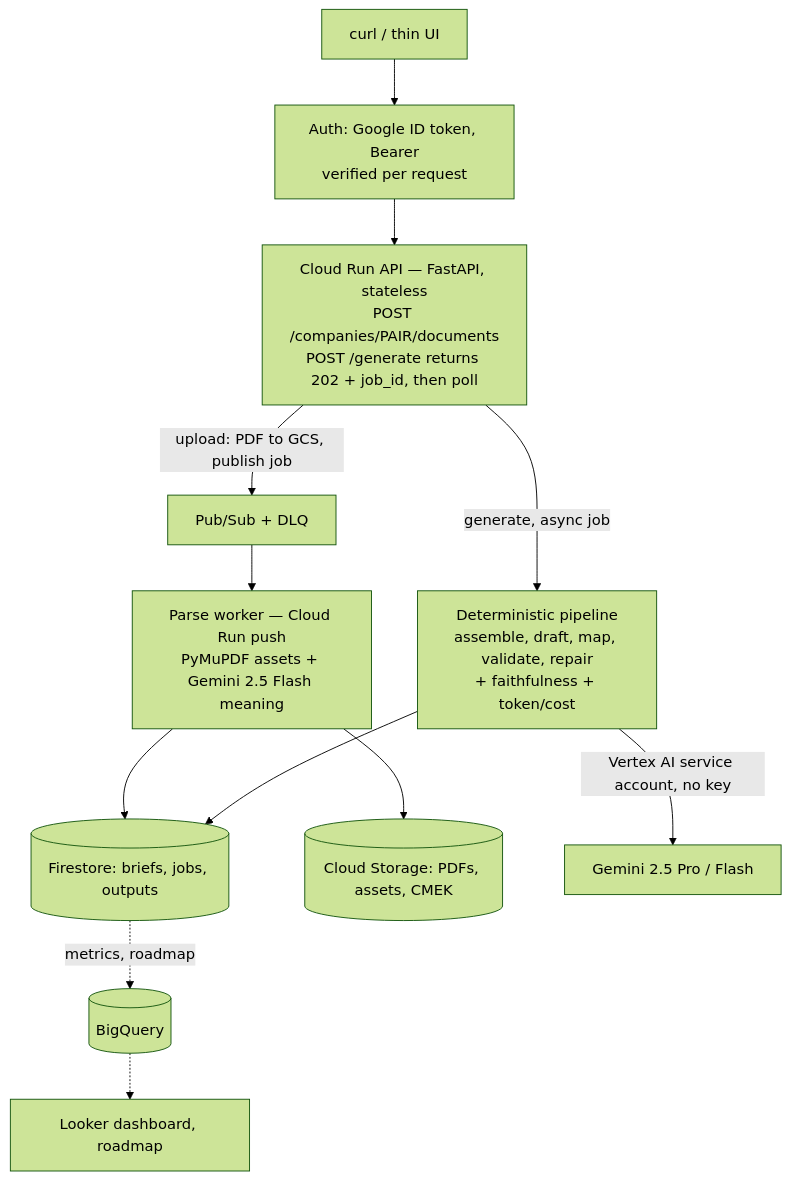
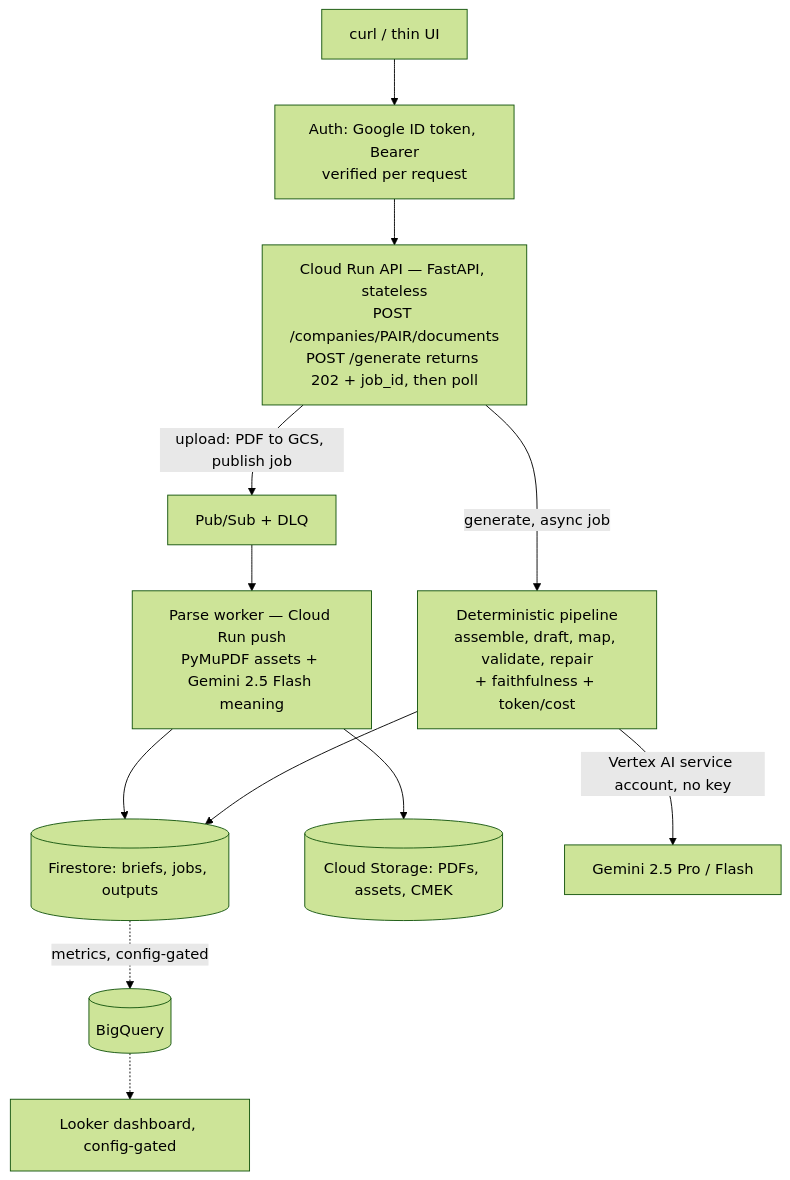
The diagram in ARCHITECTURE.md (yashgpt2894/genai-marketing-collateral), drawn with Mermaid (forest theme) before and after one commit. The commit also changed other lines of this file and 17 other files, not shown here.

First line of the commit message:
Strengthen artifact: config-gated Memorystore result cache, BigQuery metrics export, and a golden-set eval harness

````diff
--- a/ARCHITECTURE.md
+++ b/ARCHITECTURE.md
@@ -12,19 +12,19 @@
 ```mermaid
 flowchart TB
   CLIENT["curl / thin UI"]
   AUTH["Auth: Google ID token, Bearer<br/>verified per request"]
   CLIENT --> AUTH
   AUTH --> API["Cloud Run API — FastAPI, stateless<br/>POST /companies/PAIR/documents<br/>POST /generate returns 202 + job_id, then poll"]
 
   API -- "upload: PDF to GCS, publish job" --> PS["Pub/Sub + DLQ"]
   PS --> WORK["Parse worker — Cloud Run push<br/>PyMuPDF assets + Gemini 2.5 Flash meaning"]
   WORK --> FS[("Firestore: briefs, jobs, outputs")]
   WORK --> GCS[("Cloud Storage: PDFs, assets, CMEK")]
 
   API -- "generate, async job" --> GEN["Deterministic pipeline<br/>assemble, draft, map, validate, repair<br/>+ faithfulness + token/cost"]
   GEN -- "Vertex AI service account, no key" --> MODEL["Gemini 2.5 Pro / Flash"]
   GEN --> FS
 
-  FS -. "metrics, roadmap" .-> BQ[("BigQuery")]
-  BQ -.-> LOOK["Looker dashboard, roadmap"]
+  FS -. "metrics, config-gated" .-> BQ[("BigQuery")]
+  BQ -.-> LOOK["Looker dashboard, config-gated"]
 ```
````
